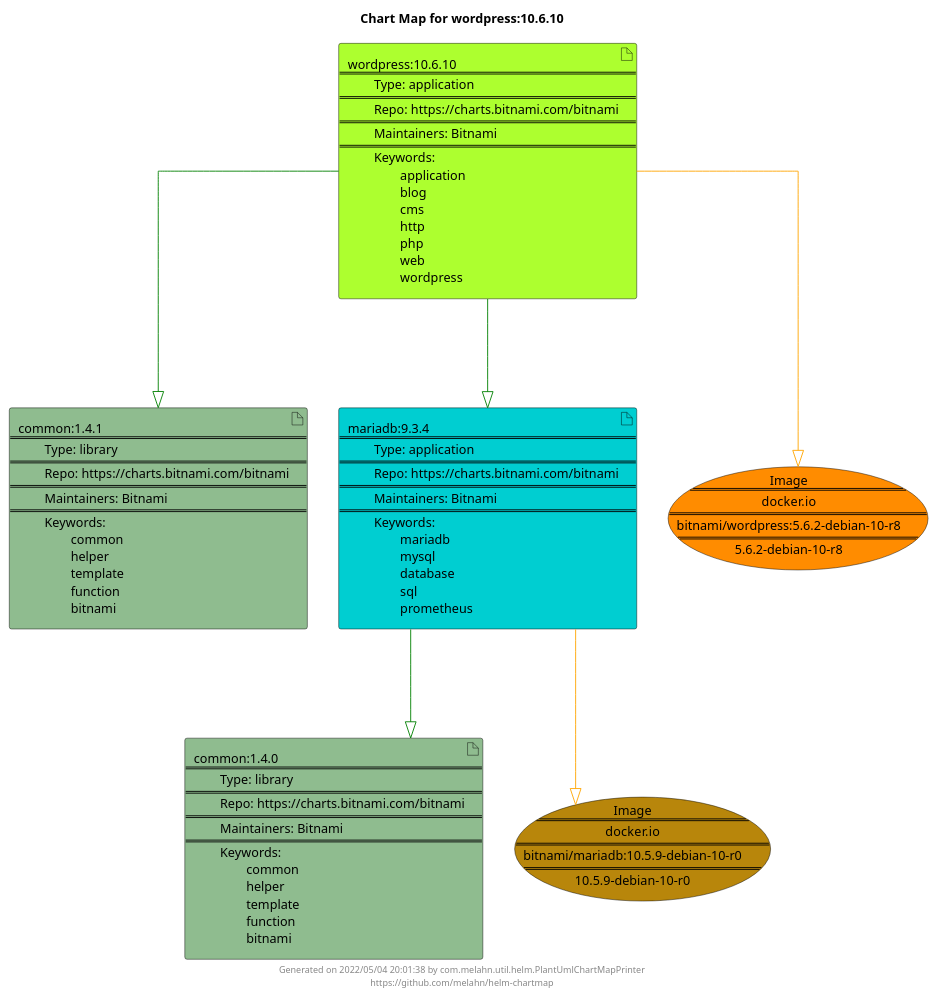
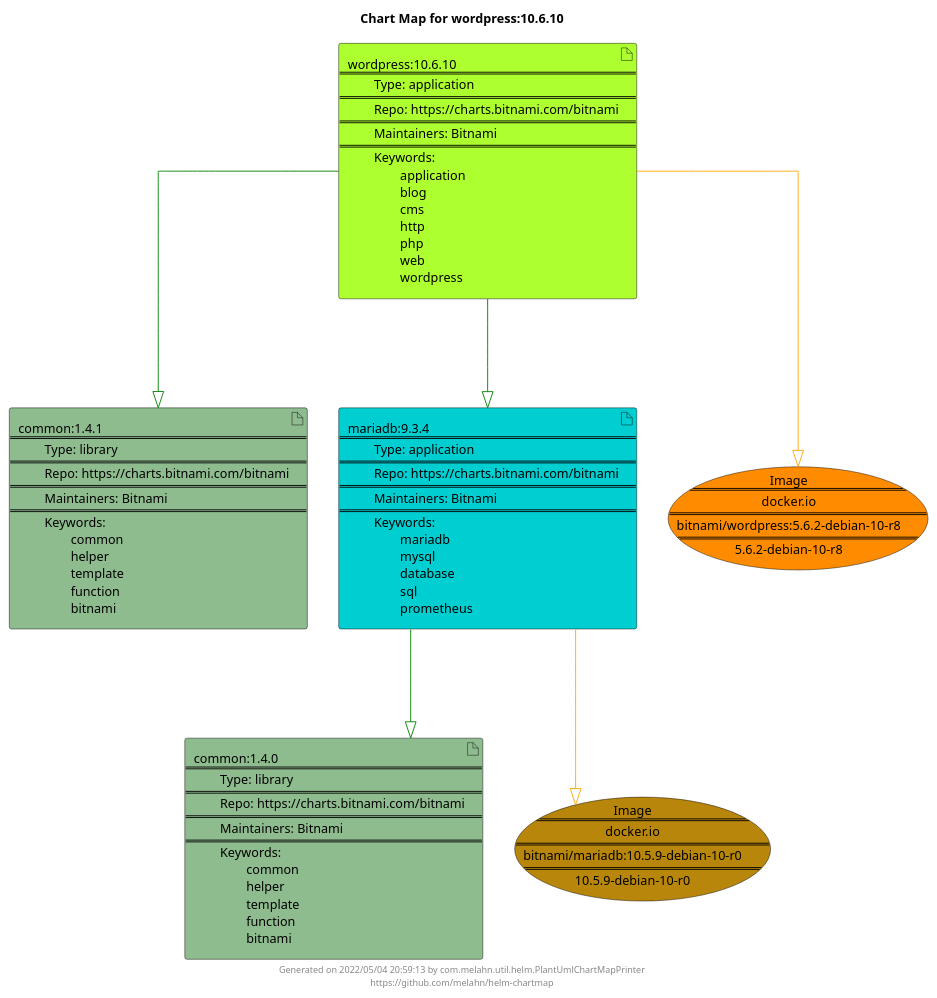
Before and after one commit to melahn/helm-chartmap: the diagram in docs/wordpress/wordpress-10.6.10.puml, drawn with PlantUML. The commit also changed 68 other files, not shown here.

Commit message:
Update Example Chart Maps as part of GitHub build

```diff
--- a/docs/wordpress/wordpress-10.6.10.puml
+++ b/docs/wordpress/wordpress-10.6.10.puml
@@ -1,29 +1,29 @@
 @startuml
 skinparam linetype ortho
 skinparam backgroundColor white
 skinparam usecaseBorderColor black
 skinparam usecaseArrowColor LightSlateGray
 skinparam artifactBorderColor black
 skinparam artifactArrowColor LightSlateGray
 
 title Chart Map for wordpress:10.6.10
 
 'There are 4 referenced Helm Charts
 artifact "common:1.4.1\n====\n\tType: library\n====\n\tRepo: https://charts.bitnami.com/bitnami\n====\n\tMaintainers: Bitnami\n====\n\tKeywords: \n\t\tcommon\n\t\thelper\n\t\ttemplate\n\t\tfunction\n\t\tbitnami" as common_1_4_1 #DarkSeaGreen
 artifact "mariadb:9.3.4\n====\n\tType: application\n====\n\tRepo: https://charts.bitnami.com/bitnami\n====\n\tMaintainers: Bitnami\n====\n\tKeywords: \n\t\tmariadb\n\t\tmysql\n\t\tdatabase\n\t\tsql\n\t\tprometheus" as mariadb_9_3_4 #DarkTurquoise
 artifact "common:1.4.0\n====\n\tType: library\n====\n\tRepo: https://charts.bitnami.com/bitnami\n====\n\tMaintainers: Bitnami\n====\n\tKeywords: \n\t\tcommon\n\t\thelper\n\t\ttemplate\n\t\tfunction\n\t\tbitnami" as common_1_4_0 #DarkSeaGreen
 artifact "wordpress:10.6.10\n====\n\tType: application\n====\n\tRepo: https://charts.bitnami.com/bitnami\n====\n\tMaintainers: Bitnami\n====\n\tKeywords: \n\t\tapplication\n\t\tblog\n\t\tcms\n\t\thttp\n\t\tphp\n\t\tweb\n\t\twordpress" as wordpress_10_6_10 #GreenYellow
 
 'There are 2 referenced Docker Images
 usecase "Image\n====\ndocker.io\n====\nbitnami/wordpress:5.6.2-debian-10-r8\n====\n5.6.2-debian-10-r8" as docker_io_bitnami_wordpress_5_6_2_debian_10_r8 #Darkorange
 usecase "Image\n====\ndocker.io\n====\nbitnami/mariadb:10.5.9-debian-10-r0\n====\n10.5.9-debian-10-r0" as docker_io_bitnami_mariadb_10_5_9_debian_10_r0 #DarkGoldenRod
 
 'Chart Dependencies
 wordpress_10_6_10--[#green]-|>mariadb_9_3_4
 mariadb_9_3_4--[#green]-|>common_1_4_0
 wordpress_10_6_10--[#green]-|>common_1_4_1
 mariadb_9_3_4--[#orange]-|>docker_io_bitnami_mariadb_10_5_9_debian_10_r0
 wordpress_10_6_10--[#orange]-|>docker_io_bitnami_wordpress_5_6_2_debian_10_r8
 
-center footer Generated on 2022/05/04 20:01:38 by com.melahn.util.helm.PlantUmlChartMapPrinter\nhttps://github.com/melahn/helm-chartmap
+center footer Generated on 2022/05/04 20:59:13 by com.melahn.util.helm.PlantUmlChartMapPrinter\nhttps://github.com/melahn/helm-chartmap
 @enduml
```
